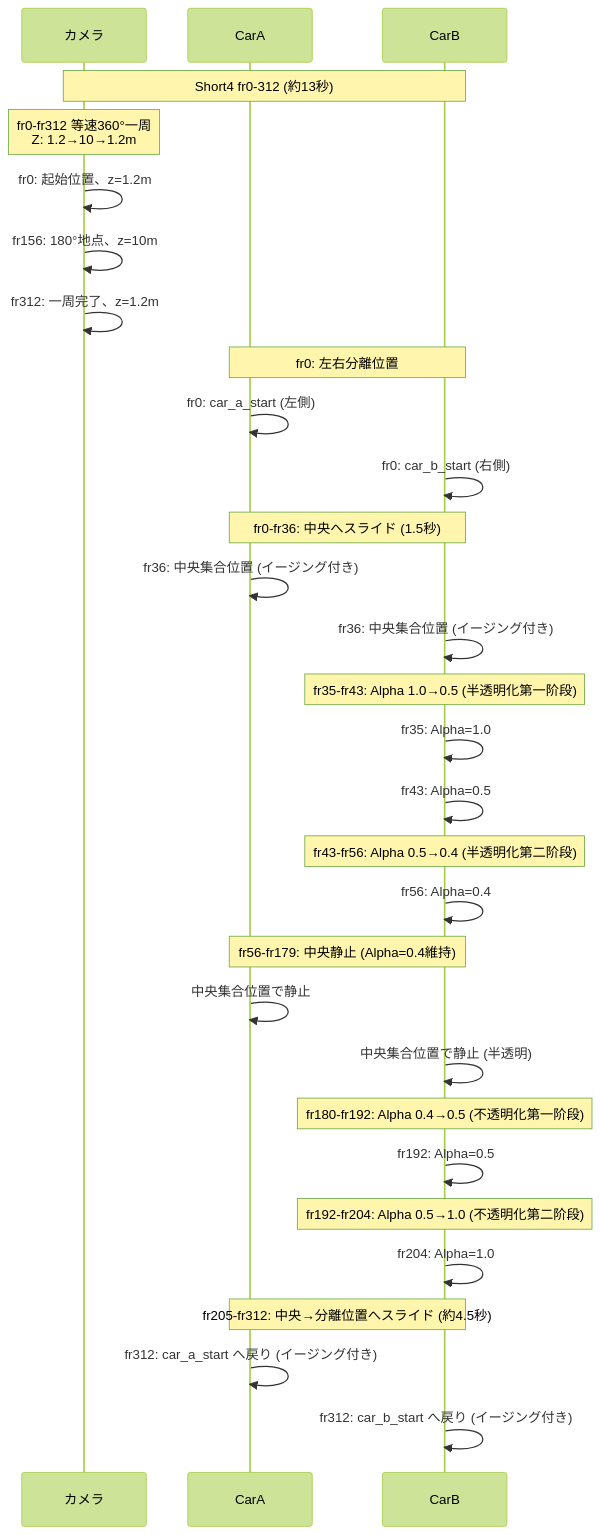
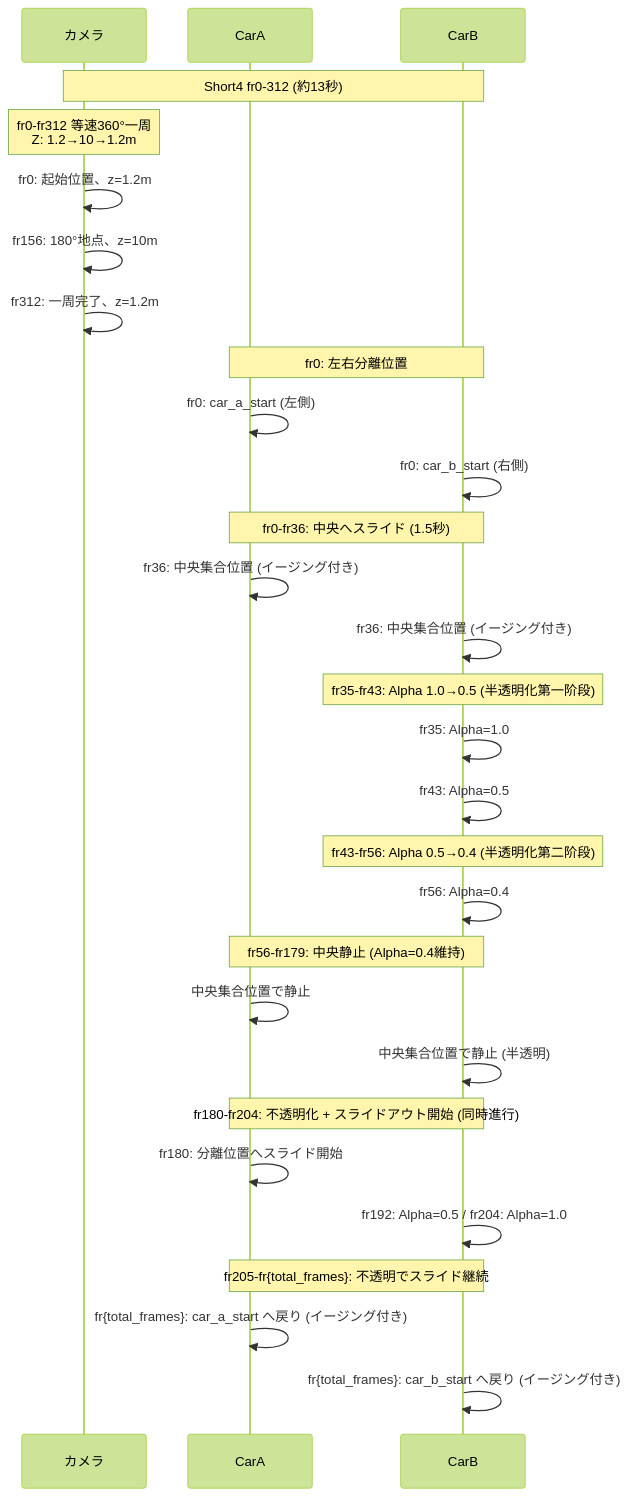
The diagram in plans/short4の仕様.md (yookx450f/blender-vs-code), drawn with Mermaid (forest theme) before and after one commit. The commit also changed other lines of this file and 17 other files, not shown here.

````diff
--- a/plans/short4の仕様.md
+++ b/plans/short4の仕様.md
@@ -106,42 +107,40 @@
 ```mermaid
 sequenceDiagram
     participant カメラ
     participant CarA
     participant CarB
 
     Note over カメラ,CarB: Short4 fr0-312 (約13秒)
     
     Note over カメラ: fr0-fr312 等速360°一周<br/>Z: 1.2→10→1.2m
     カメラ->>カメラ: fr0: 起始位置、z=1.2m
     カメラ->>カメラ: fr156: 180°地点、z=10m
     カメラ->>カメラ: fr312: 一周完了、z=1.2m
 
     Note over CarA,CarB: fr0: 左右分離位置
     CarA->>CarA: fr0: car_a_start (左側)
     CarB->>CarB: fr0: car_b_start (右側)
 
     Note over CarA,CarB: fr0-fr36: 中央へスライド (1.5秒)
     CarA->>CarA: fr36: 中央集合位置 (イージング付き)
     CarB->>CarB: fr36: 中央集合位置 (イージング付き)
 
     Note over CarB: fr35-fr43: Alpha 1.0→0.5 (半透明化第一阶段)
     CarB->>CarB: fr35: Alpha=1.0
     CarB->>CarB: fr43: Alpha=0.5
 
     Note over CarB: fr43-fr56: Alpha 0.5→0.4 (半透明化第二阶段)
     CarB->>CarB: fr56: Alpha=0.4
 
     Note over CarA,CarB: fr56-fr179: 中央静止 (Alpha=0.4維持)
     CarA->>CarA: 中央集合位置で静止
     CarB->>CarB: 中央集合位置で静止 (半透明)
 
-    Note over CarB: fr180-fr192: Alpha 0.4→0.5 (不透明化第一阶段)
-    CarB->>CarB: fr192: Alpha=0.5
+    Note over CarA,CarB: fr180-fr204: 不透明化 + スライドアウト開始 (同時進行)
+    CarA->>CarA: fr180: 分離位置へスライド開始
+    CarB->>CarB: fr192: Alpha=0.5 / fr204: Alpha=1.0
 
-    Note over CarB: fr192-fr204: Alpha 0.5→1.0 (不透明化第二阶段)
-    CarB->>CarB: fr204: Alpha=1.0
-
-    Note over CarA,CarB: fr205-fr312: 中央→分離位置へスライド (約4.5秒)
-    CarA->>CarA: fr312: car_a_start へ戻り (イージング付き)
-    CarB->>CarB: fr312: car_b_start へ戻り (イージング付き)
+    Note over CarA,CarB: fr205-fr{total_frames}: 不透明でスライド継続
+    CarA->>CarA: fr{total_frames}: car_a_start へ戻り (イージング付き)
+    CarB->>CarB: fr{total_frames}: car_b_start へ戻り (イージング付き)
 ```
````
